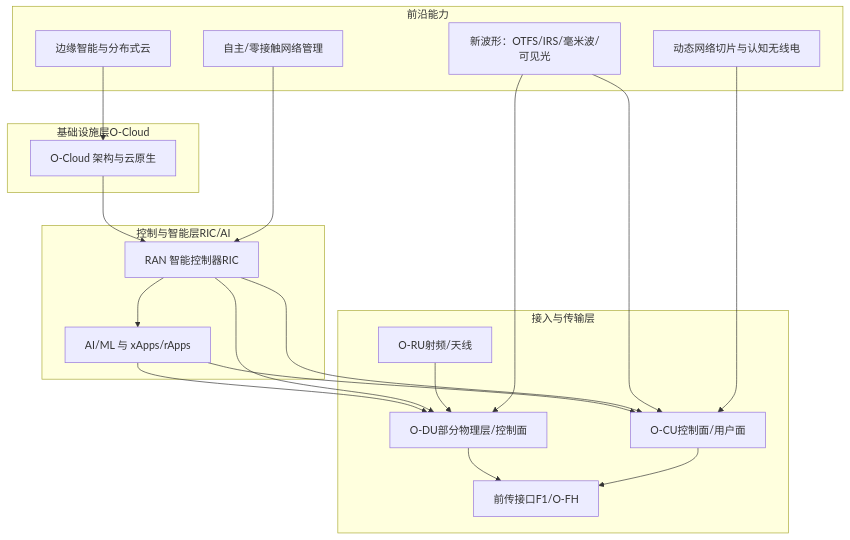
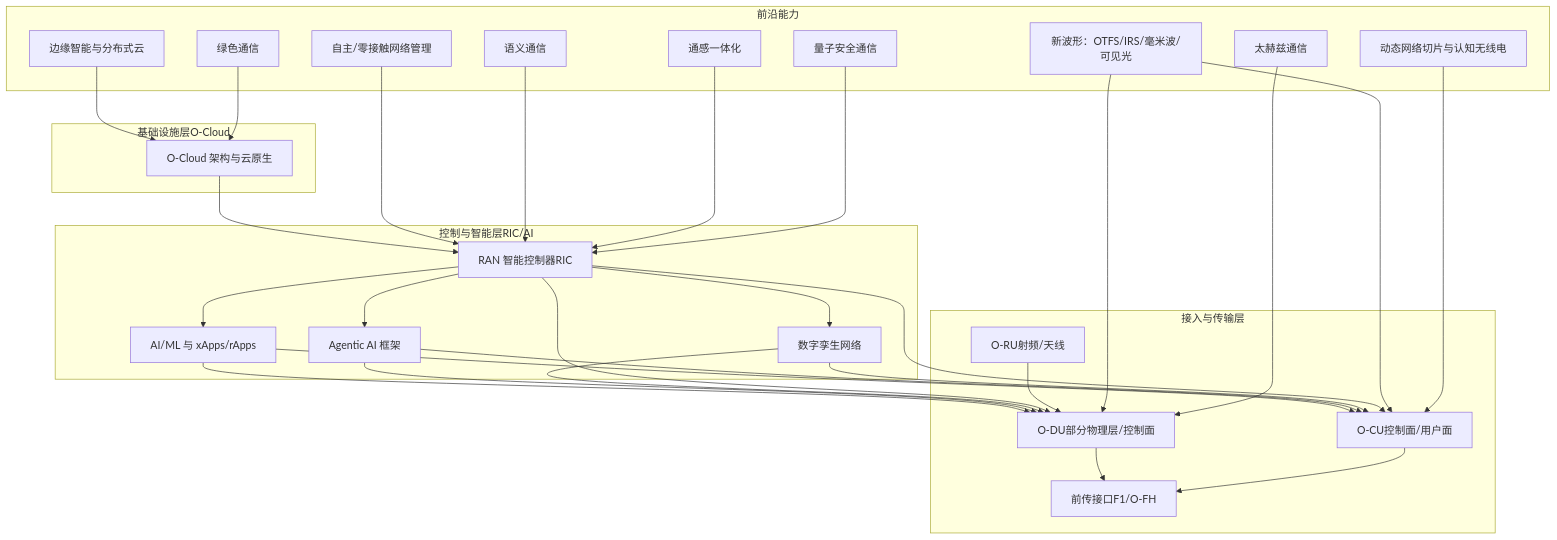
Before and after one commit to allengaller/oran-database: the second of 7 diagrams in .qoder/repowiki/zh/content/未来发展/研究前沿动态/研究前沿动态.md, drawn with Mermaid. The commit also changed other lines of this file and 32 other files, not shown here.

````diff
--- a/.qoder/repowiki/zh/content/未来发展/研究前沿动态/研究前沿动态.md
+++ b/.qoder/repowiki/zh/content/未来发展/研究前沿动态/研究前沿动态.md
@@ -114,36 +131,54 @@
 ```mermaid
 graph TB
 subgraph "基础设施层O-Cloud"
 OC["O-Cloud 架构与云原生"]
 end
 subgraph "控制与智能层RIC/AI"
 RIC["RAN 智能控制器RIC"]
 AI["AI/ML 与 xApps/rApps"]
+AG["Agentic AI 框架"]
+DT["数字孪生网络"]
 end
 subgraph "接入与传输层"
 RU["O-RU射频/天线"]
 DU["O-DU部分物理层/控制面"]
 CU["O-CU控制面/用户面"]
 FH["前传接口F1/O-FH"]
 end
 subgraph "前沿能力"
 WAVE["新波形：OTFS/IRS/毫米波/可见光"]
 SLICE["动态网络切片与认知无线电"]
 ZEROTOUCH["自主/零接触网络管理"]
 EDGE["边缘智能与分布式云"]
+SEM["语义通信"]
+THZ["太赫兹通信"]
+ISAC["通感一体化"]
+QSEC["量子安全通信"]
+GREEN["绿色通信"]
 end
 OC --> RIC
 RIC --> AI
+RIC --> AG
+RIC --> DT
 AI --> DU
 AI --> CU
+AG --> DU
+AG --> CU
+DT --> DU
+DT --> CU
 RIC --> DU
 RIC --> CU
 DU --> FH
 CU --> FH
 RU --> DU
 WAVE --> DU
 WAVE --> CU
 SLICE --> CU
 ZEROTOUCH --> RIC
 EDGE --> OC
+SEM --> RIC
+THZ --> DU
+ISAC --> RIC
+QSEC --> RIC
+GREEN --> OC
 ```
````
